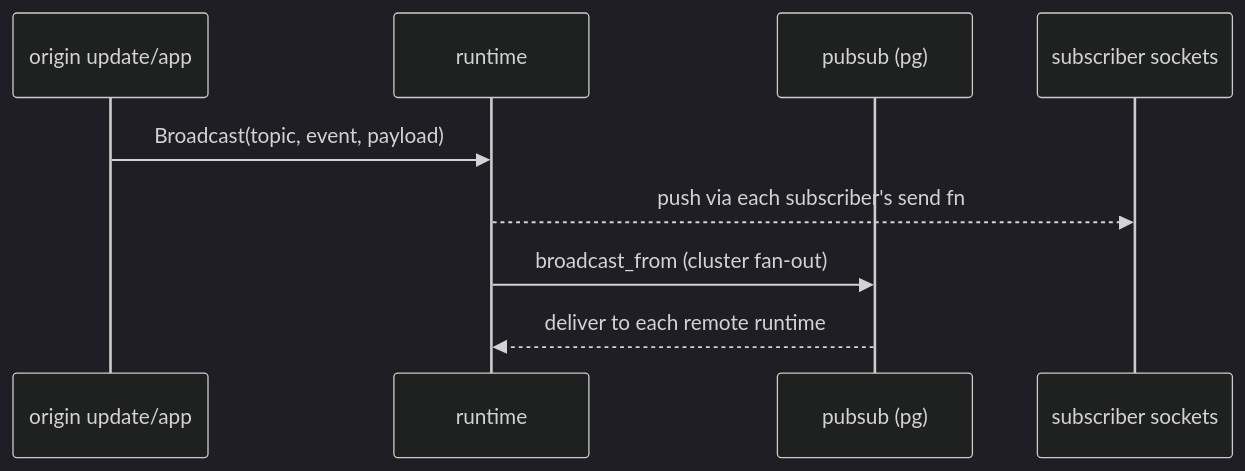
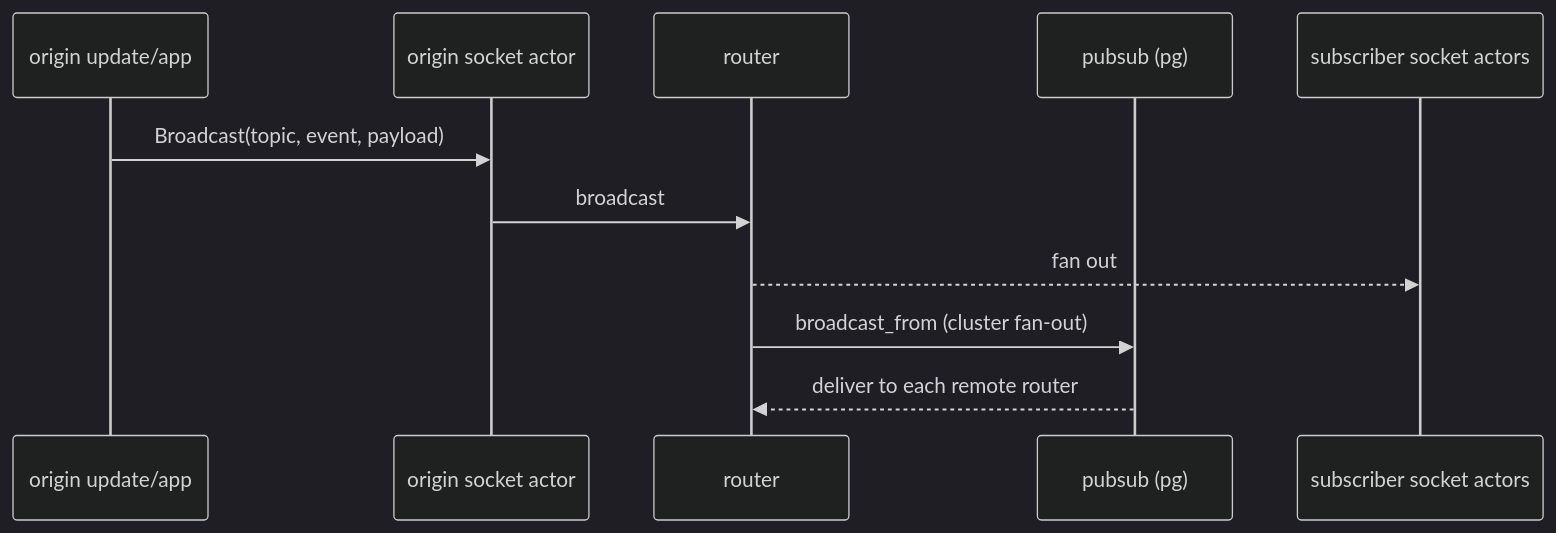
Before and after one commit to tylerbutler/beryl: the fourth of 6 diagrams in website/src/content/docs/architecture/message-lifecycle.md, drawn with Mermaid (dark theme). The commit also changed other lines of this file and 13 other files, not shown here.

Commit message:
docs: update per-socket actor architecture

````diff
--- a/website/src/content/docs/architecture/message-lifecycle.md
+++ b/website/src/content/docs/architecture/message-lifecycle.md
@@ -79,11 +88,13 @@
 ```mermaid
 sequenceDiagram
   participant Origin as origin update/app
-  participant RT as runtime
+  participant Socket as origin socket actor
+  participant Router as router
   participant PS as pubsub (pg)
-  participant Subs as subscriber sockets
-  Origin->>RT: Broadcast(topic, event, payload)
-  RT-->>Subs: push via each subscriber's send fn
-  RT->>PS: broadcast_from (cluster fan-out)
-  PS-->>RT: deliver to each remote runtime
+  participant Subs as subscriber socket actors
+  Origin->>Socket: Broadcast(topic, event, payload)
+  Socket->>Router: broadcast
+  Router-->>Subs: fan out
+  Router->>PS: broadcast_from (cluster fan-out)
+  PS-->>Router: deliver to each remote router
 ```
````
